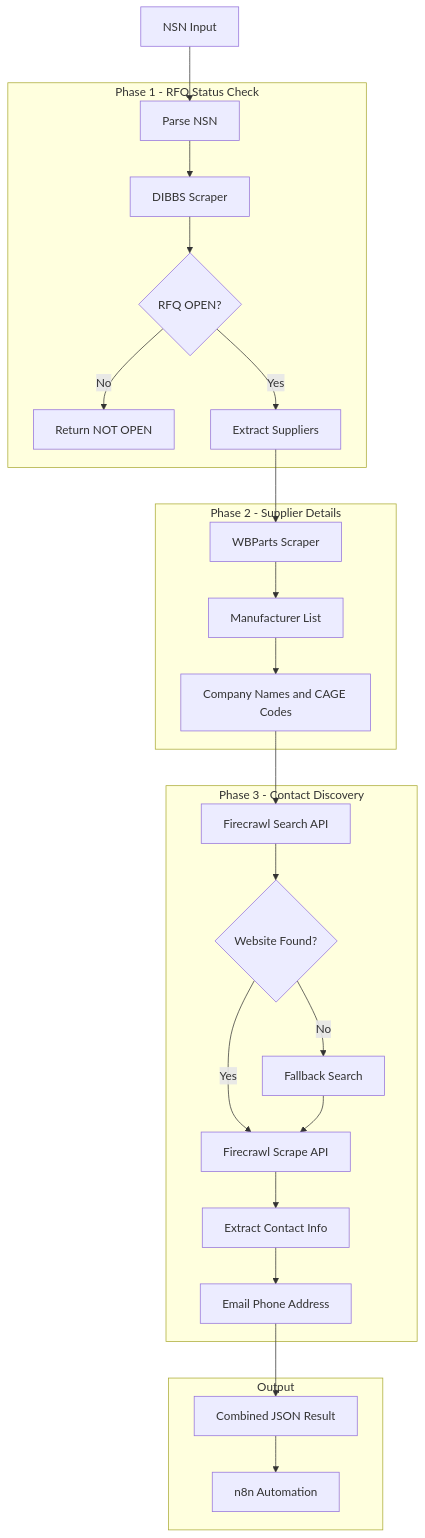
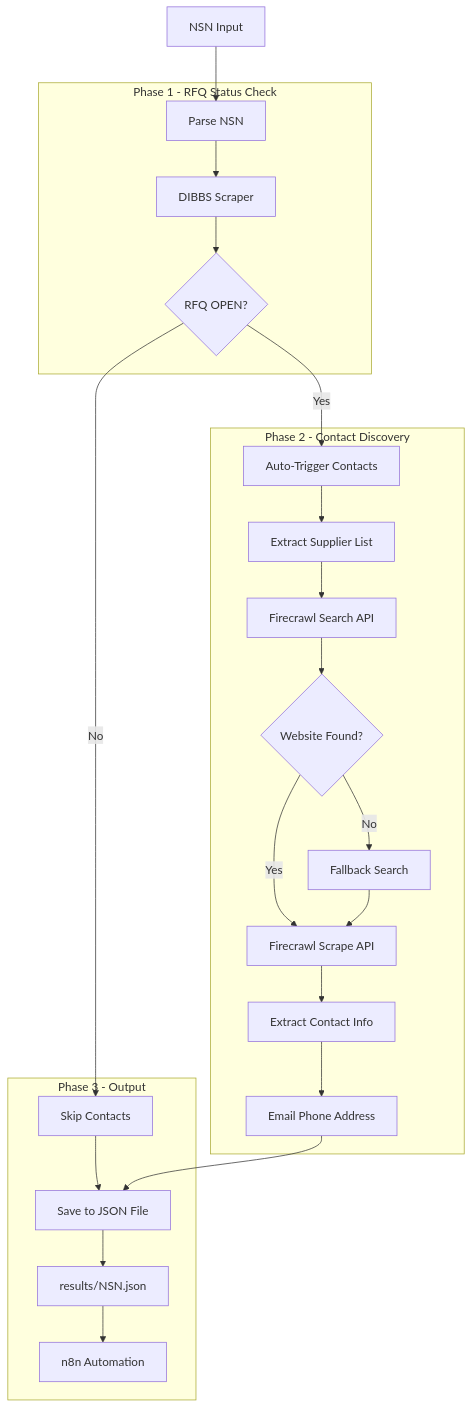
One commit to EricTechPro/rfq-automation changed the diagram in README.md. Above: the diagram before and after it, drawn with Mermaid. The commit also changed other lines of this file and 2 other files, not shown here.

First line of the commit message:
feat: auto-contact discovery for OPEN RFQs + JSON file output

````diff
--- a/README.md
+++ b/README.md
@@ -15,32 +15,30 @@
 ```mermaid
 flowchart TD
     A[NSN Input] --> B[Parse NSN]
 
     subgraph Phase1[Phase 1 - RFQ Status Check]
         B --> C[DIBBS Scraper]
         C --> D{RFQ OPEN?}
-        D -->|No| E[Return NOT OPEN]
-        D -->|Yes| F[Extract Suppliers]
     end
 
-    subgraph Phase2[Phase 2 - Supplier Details]
-        F --> G[WBParts Scraper]
-        G --> H[Manufacturer List]
-        H --> I[Company Names and CAGE Codes]
+    D -->|No| E[Skip Contacts]
+    D -->|Yes| F[Auto-Trigger Contacts]
+
+    subgraph Phase2[Phase 2 - Contact Discovery]
+        F --> G[Extract Supplier List]
+        G --> H[Firecrawl Search API]
+        H --> I{Website Found?}
+        I -->|Yes| J[Firecrawl Scrape API]
+        I -->|No| K[Fallback Search]
+        K --> J
+        J --> L[Extract Contact Info]
+        L --> M[Email Phone Address]
     end
 
-    subgraph Phase3[Phase 3 - Contact Discovery]
-        I --> J[Firecrawl Search API]
-        J --> K{Website Found?}
-        K -->|Yes| L[Firecrawl Scrape API]
-        K -->|No| M[Fallback Search]
-        M --> L
-        L --> N[Extract Contact Info]
-        N --> O[Email Phone Address]
-    end
-
-    subgraph Phase4[Output]
-        O --> P[Combined JSON Result]
-        P --> Q[n8n Automation]
+    subgraph Phase3[Phase 3 - Output]
+        E --> N[Save to JSON File]
+        M --> N
+        N --> O[results/NSN.json]
+        O --> P[n8n Automation]
     end
 ```
````
